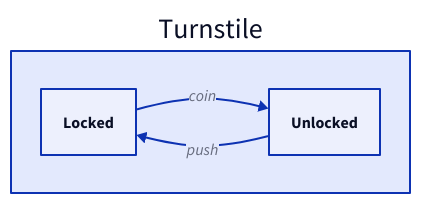
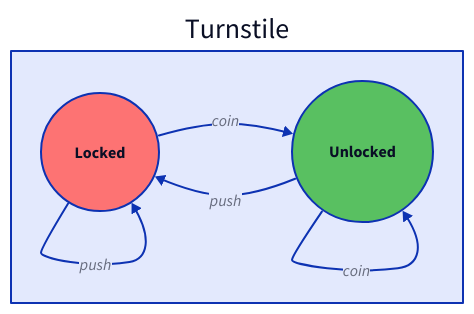
The diagram in assets/turnstile.d2 (pleshevskiy/it-fsm), drawn with D2 before and after one commit. The commit also changed 2 other files, not shown here.

```diff
--- a/assets/turnstile.d2
+++ b/assets/turnstile.d2
@@ -1,6 +1,18 @@
 direction: right
 
 Turnstile: {
-  Locked -> Unlocked: coin
-  Unlocked -> Locked: push
+  l: Locked {
+    shape: circle
+    style.fill: "#fd7373"
+  }
+  u: Unlocked {
+    shape: circle
+    style.fill: "#59c061"
+  }
+  
+  l -> l: push
+  u -> l: push
+
+  l -> u: coin
+  u -> u: coin
 }
```
